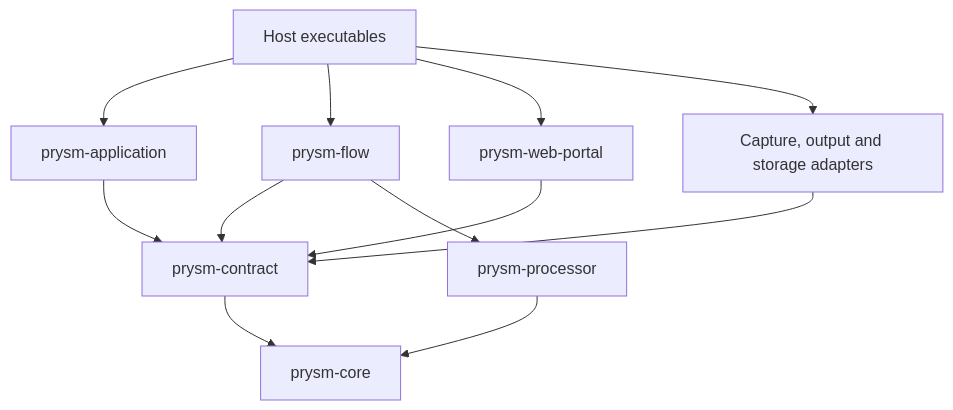
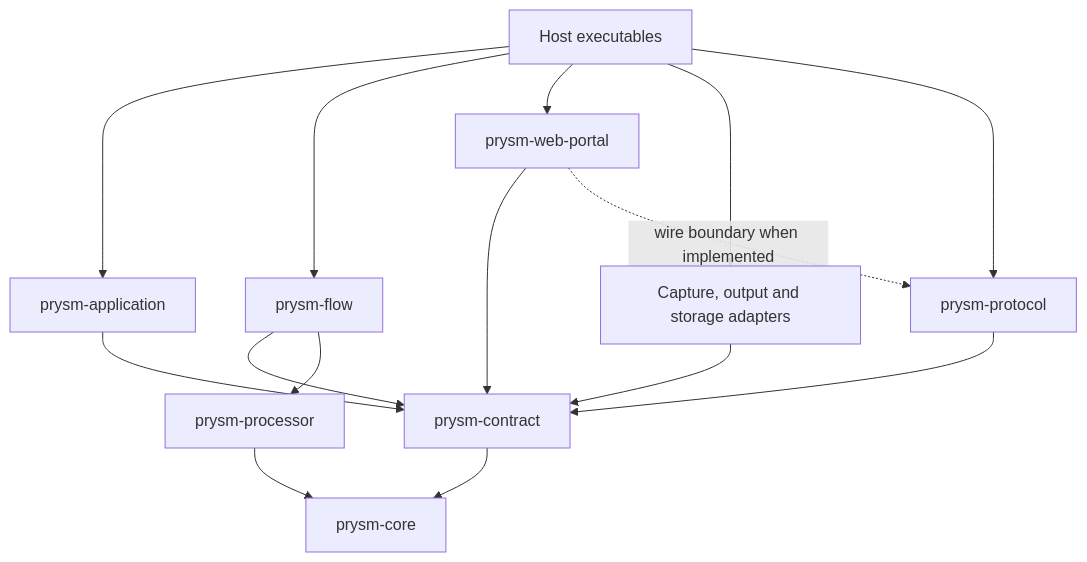
The second of 2 diagrams in docs/plans/prysm-v1-architecture.md (ericschaal/prysm), drawn with Mermaid before and after one commit. The commit also changed other lines of this file and 51 other files, not shown here.

First line of the commit message:
refactor(v1): separate wire protocol from domain contracts

````diff
--- a/docs/plans/prysm-v1-architecture.md
+++ b/docs/plans/prysm-v1-architecture.md
@@ -76,14 +77,17 @@
 ```mermaid
 flowchart TD
     Host[Host executables] --> App[prysm-application]
     Host --> Flow[prysm-flow]
     Host --> WebPortal[prysm-web-portal]
     Host --> Adapters[Capture, output and storage adapters]
+    Host --> Protocol[prysm-protocol]
+    Protocol --> Ports[prysm-contract]
     App --> Ports[prysm-contract]
     WebPortal --> Ports
+    WebPortal -.->|wire boundary when implemented| Protocol
     Adapters --> Ports
     Flow --> Ports
     Flow --> Processor[prysm-processor]
     Processor --> Core[prysm-core]
     Ports --> Core
 ```
````
